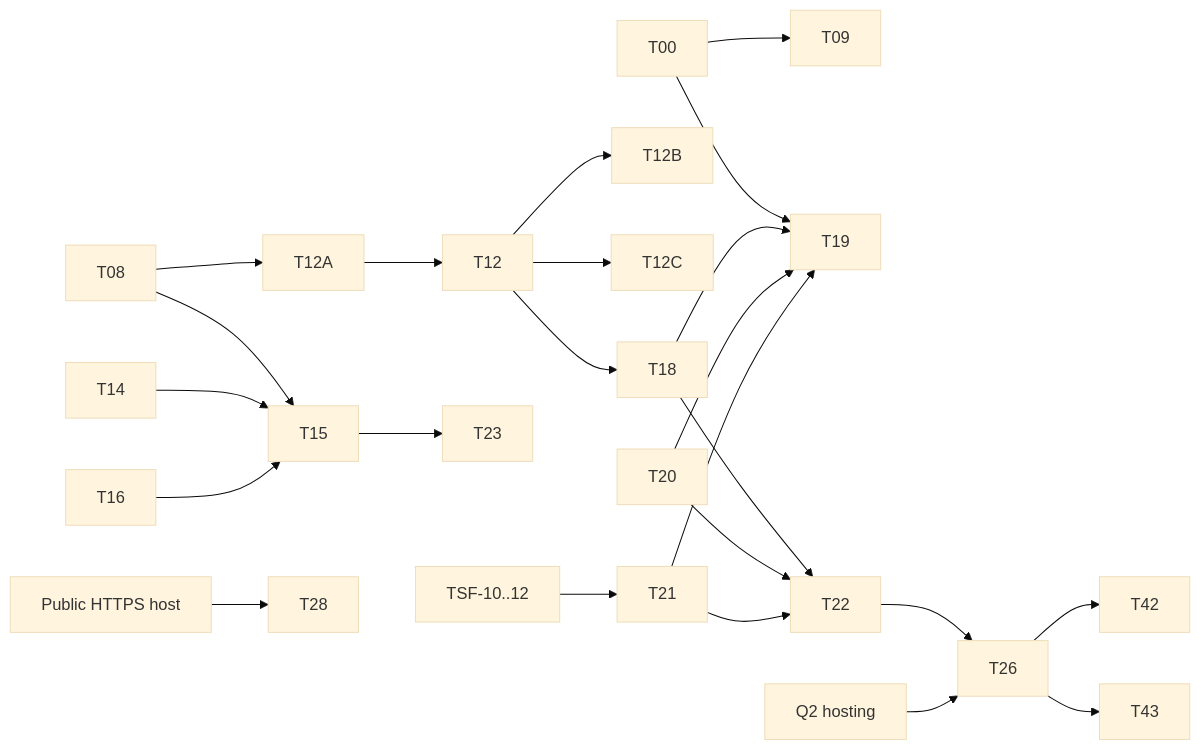
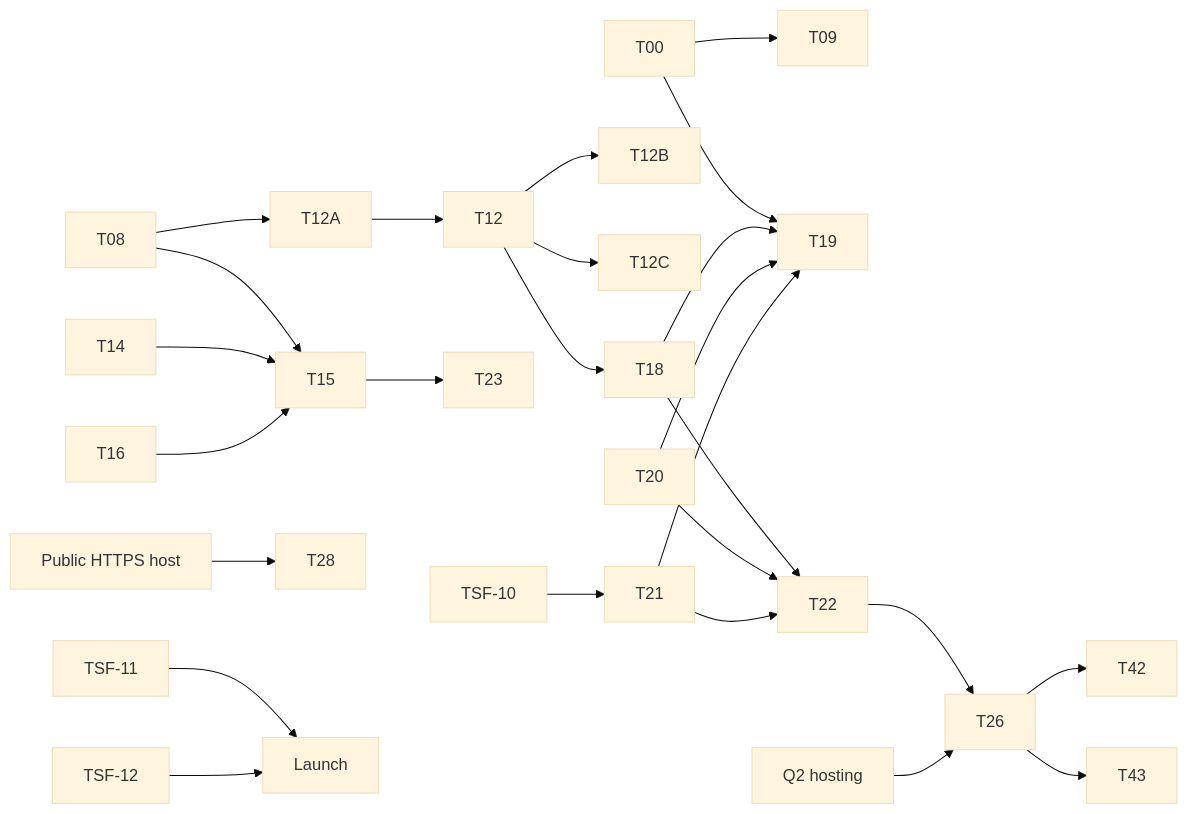
The diagram in docs/MVP-ROADMAP.md (Narote-Dev/ThaiShopFun-OMS), drawn with Mermaid (base theme) before and after one commit. The commit also changed other lines of this file and 1 other file, not shown here.

Commit message:
docs: round 3 PR #22 (T01→T26, TSF deps, critical path, env var)

````diff
--- a/docs/MVP-ROADMAP.md
+++ b/docs/MVP-ROADMAP.md
@@ -128,16 +129,18 @@
 ```mermaid
 flowchart LR
   T00 --> T09
   T00 --> T19
   T08 --> T12A --> T12
   T12 --> T12B & T12C & T18
   T08 & T14 & T16 --> T15
   T15 --> T23
   T18 & T20 & T21 --> T22
   T18 & T20 & T21 --> T19
   T22 --> T26
   T26 --> T42 & T43
   Q2[Q2 hosting] --> T26
   HOST[Public HTTPS host] --> T28
-  TSF1012[TSF-10..12] --> T21
+  TSF10[TSF-10] --> T21
+  TSF11[TSF-11] --> Launch
+  TSF12[TSF-12] --> Launch
 ```
````
